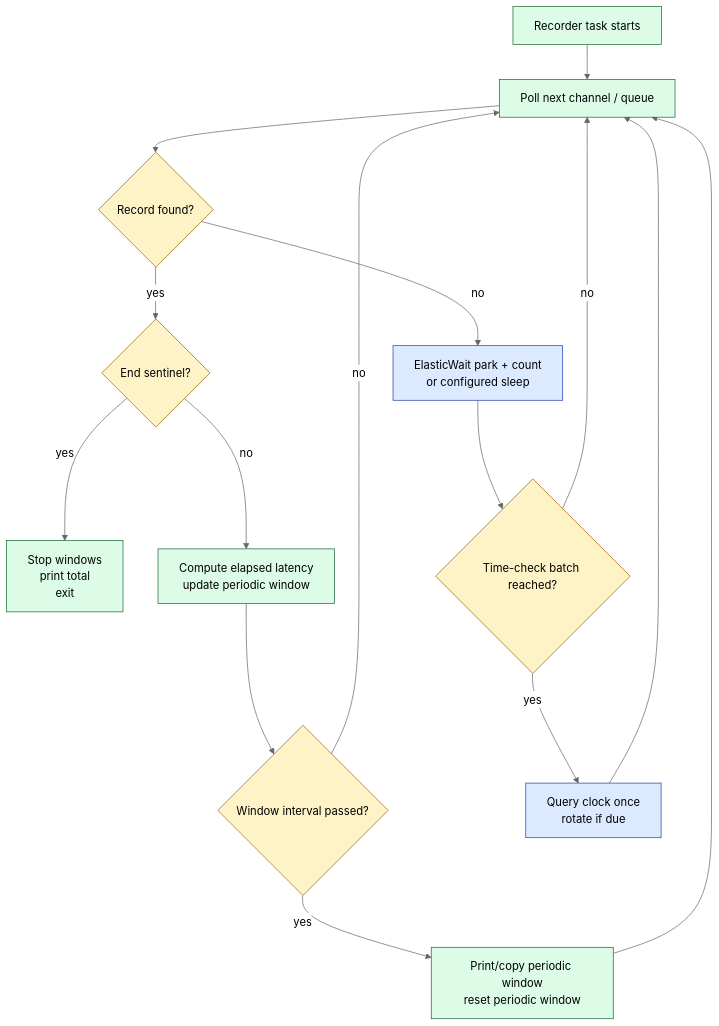
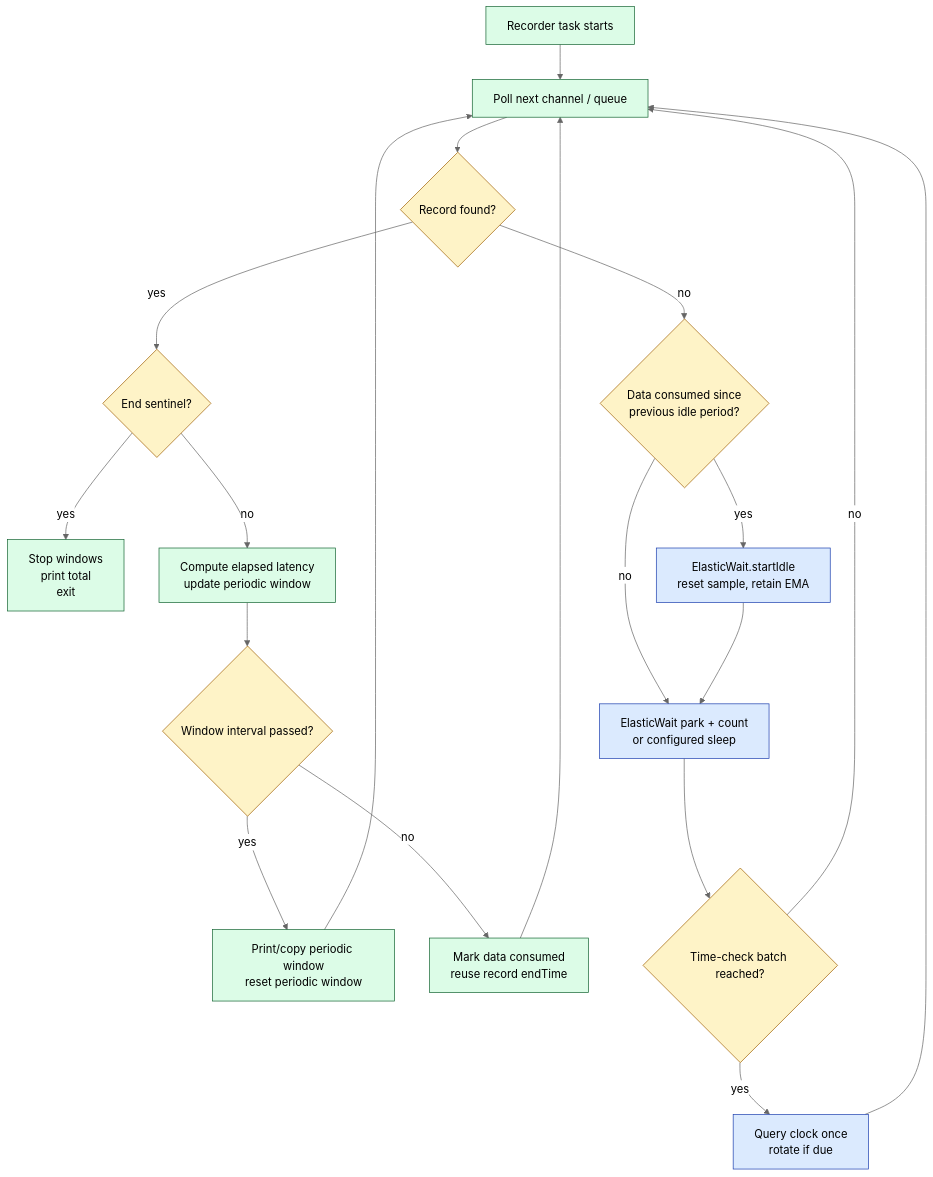
The tenth of 42 diagrams in docs/sbk-internals.md (kmgowda/SBK), drawn with Mermaid (neutral theme) before and after one commit. The commit also changed other lines of this file and 4 other files, not shown here.

Commit message:
Document PerL queue and ElasticWait internals

````diff
--- a/docs/sbk-internals.md
+++ b/docs/sbk-internals.md
@@ -580,24 +648,28 @@
 ```mermaid
 flowchart TD
     START["Recorder task starts"] --> SCAN["Poll next channel / queue"]
     SCAN --> FOUND{"Record found?"}
     FOUND -->|yes| END{"End sentinel?"}
     END -->|yes| FINAL["Stop windows<br/>print total<br/>exit"]
     END -->|no| RECORD["Compute elapsed latency<br/>update periodic window"]
     RECORD --> ROTATE{"Window interval passed?"}
     ROTATE -->|yes| REPORT["Print/copy periodic window<br/>reset periodic window"]
-    ROTATE -->|no| SCAN
+    ROTATE -->|no| ACTIVE["Mark data consumed<br/>reuse record endTime"]
+    ACTIVE --> SCAN
     REPORT --> SCAN
-    FOUND -->|no| IDLE["ElasticWait park + count<br/>or configured sleep"]
+    FOUND -->|no| TRANS{"Data consumed since<br/>previous idle period?"}
+    TRANS -->|yes| RESETIDLE["ElasticWait.startIdle<br/>reset sample, retain EMA"]
+    TRANS -->|no| IDLE["ElasticWait park + count<br/>or configured sleep"]
+    RESETIDLE --> IDLE
     IDLE --> CHECK{"Time-check batch reached?"}
     CHECK -->|no| SCAN
     CHECK -->|yes| CLOCK["Query clock once<br/>rotate if due"]
     CLOCK --> SCAN
 
     classDef decision fill:#fef3c7,stroke:#a16207,color:#000
     classDef work fill:#dcfce7,stroke:#166534,color:#000
     classDef idle fill:#dbeafe,stroke:#1e40af,color:#000
-    class FOUND,END,ROTATE,CHECK decision
-    class START,SCAN,RECORD,REPORT,FINAL work
-    class IDLE,CLOCK idle
+    class FOUND,END,ROTATE,TRANS,CHECK decision
+    class START,SCAN,RECORD,REPORT,FINAL,ACTIVE work
+    class RESETIDLE,IDLE,CLOCK idle
 ```
````
